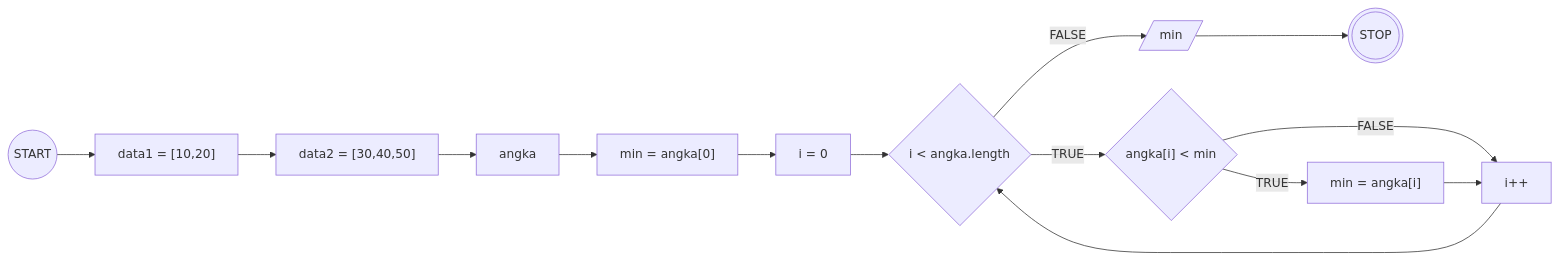
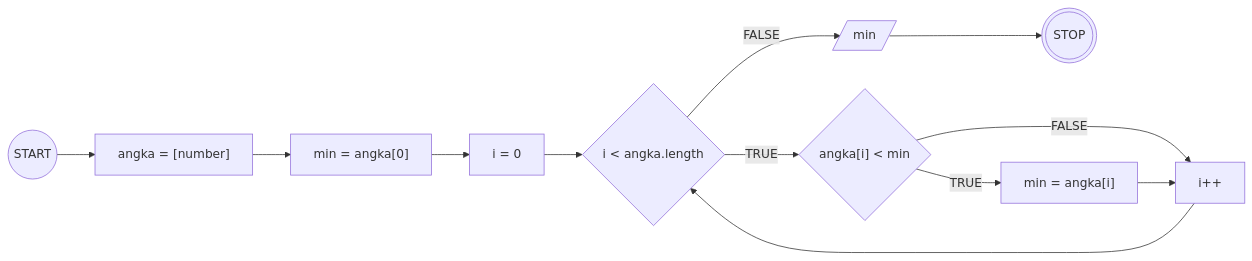
One commit to ktsrqsdev/koda-b10-javascript4 changed the second of 3 diagrams in README.md. Above: the diagram before and after it, drawn with Mermaid. The commit also changed other lines of this file, not shown here.

````diff
--- a/README.md
+++ b/README.md
@@ -38,34 +34,31 @@
 ``` mermaid
 flowchart LR
     start((START))
     stop(((STOP)))
 
-    array["data1 = [10,20]"]
-    array2["data2 = [30,40,50]"]
-    angka["angka"]
+
+    angka["angka = [number]"]
     min["min = angka[0]"]
     I[i = 0]
     reassign["min = angka[i]"]
     loop[i++]
     output[/min/]
     
     konI{i < angka.length}
     cekmin{"angka[i] < min"}
 
 
 
 
-    start --> array
-    array --> array2
-    array2 --> angka
+    start --> angka
     angka --> min
     min --> I
     I --> konI
     konI --TRUE--> cekmin
     cekmin --FALSE--> loop
     cekmin --TRUE--> reassign
     reassign --> loop
     loop --> konI
     konI --FALSE--> output
     output --> stop
 ```
````
